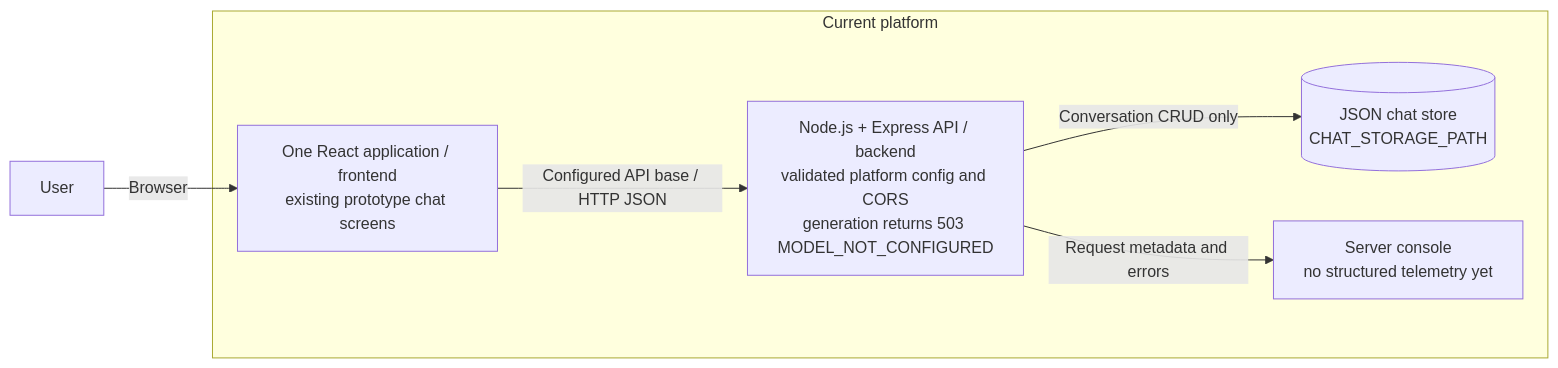
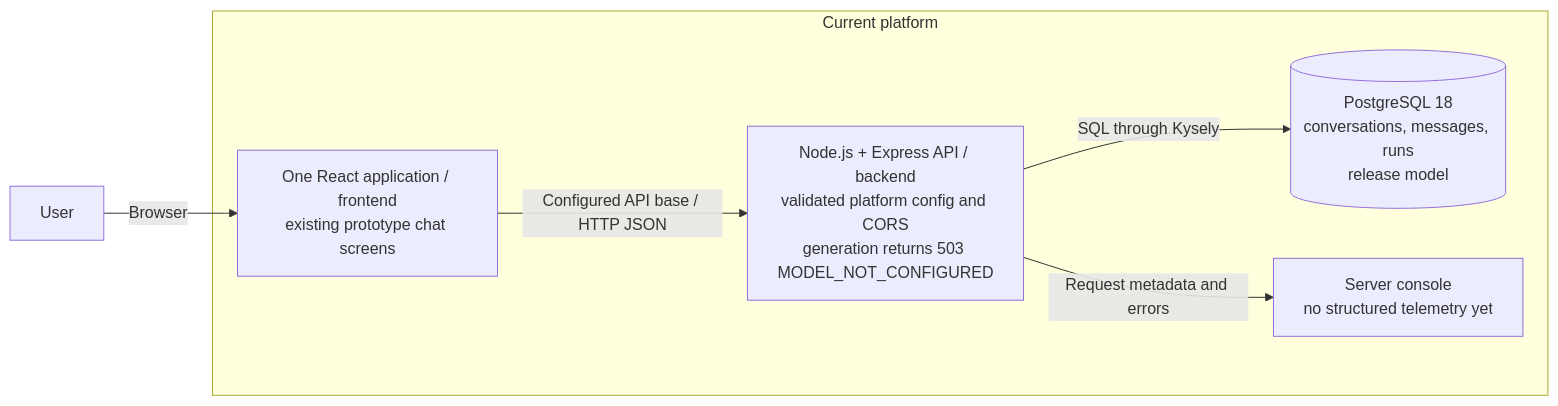
The first of 3 diagrams in docs/architecture.md (FelipeGarcia911/deepseek-chat), drawn with Mermaid before and after one commit. The commit also changed other lines of this file and 43 other files, not shown here.

Commit message:
feat(storage): persist conversations messages and runs

````diff
--- a/docs/architecture.md
+++ b/docs/architecture.md
@@ -10,14 +10,14 @@
 ```mermaid
 flowchart LR
     user["User"]
     subgraph platform["Current platform"]
         web["One React application / frontend<br/>existing prototype chat screens"]
         api["Node.js + Express API / backend<br/>validated platform config and CORS<br/>generation returns 503 MODEL_NOT_CONFIGURED"]
-        data[("JSON chat store<br/>CHAT_STORAGE_PATH")]
+        data[("PostgreSQL 18<br/>conversations, messages, runs<br/>release model")]
         logs["Server console<br/>no structured telemetry yet"]
         web -->|"Configured API base / HTTP JSON"| api
-        api -->|"Conversation CRUD only"| data
+        api -->|"SQL through Kysely"| data
         api -->|"Request metadata and errors"| logs
     end
     user -->|"Browser"| web
 ```
````
